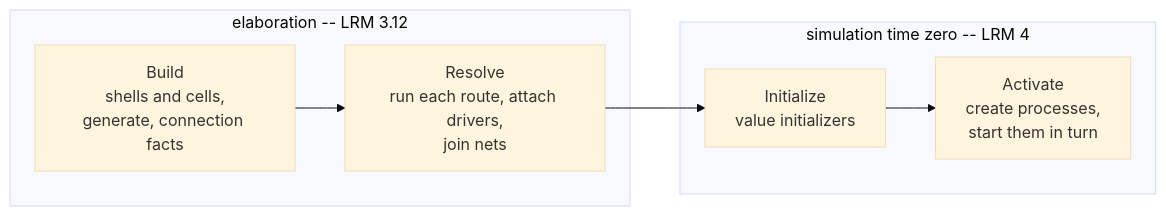
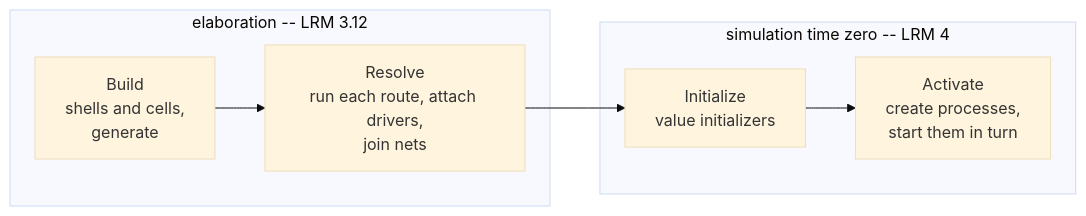
The diagram in docs/architecture/elaboration_lifecycle.md (hankhsu1996/lyra), drawn with Mermaid (base theme) before and after one commit. The commit also changed other lines of this file and 28 other files, not shown here.

First line of the commit message:
Check every architecture claim against the code (#2216)

````diff
--- a/docs/architecture/elaboration_lifecycle.md
+++ b/docs/architecture/elaboration_lifecycle.md
@@ -64,10 +65,10 @@
 ```mermaid
 flowchart LR
   subgraph elab [elaboration -- LRM 3.12]
-    B[Build<br/>shells and cells,<br/>generate, connection facts] --> R[Resolve<br/>run each route, attach drivers,<br/>join nets]
+    B[Build<br/>shells and cells,<br/>generate] --> R[Resolve<br/>run each route, attach drivers,<br/>join nets]
   end
   subgraph sim [simulation time zero -- LRM 4]
     I[Initialize<br/>value initializers] --> A[Activate<br/>create processes,<br/>start them in turn]
   end
   R --> I
 ```
````
